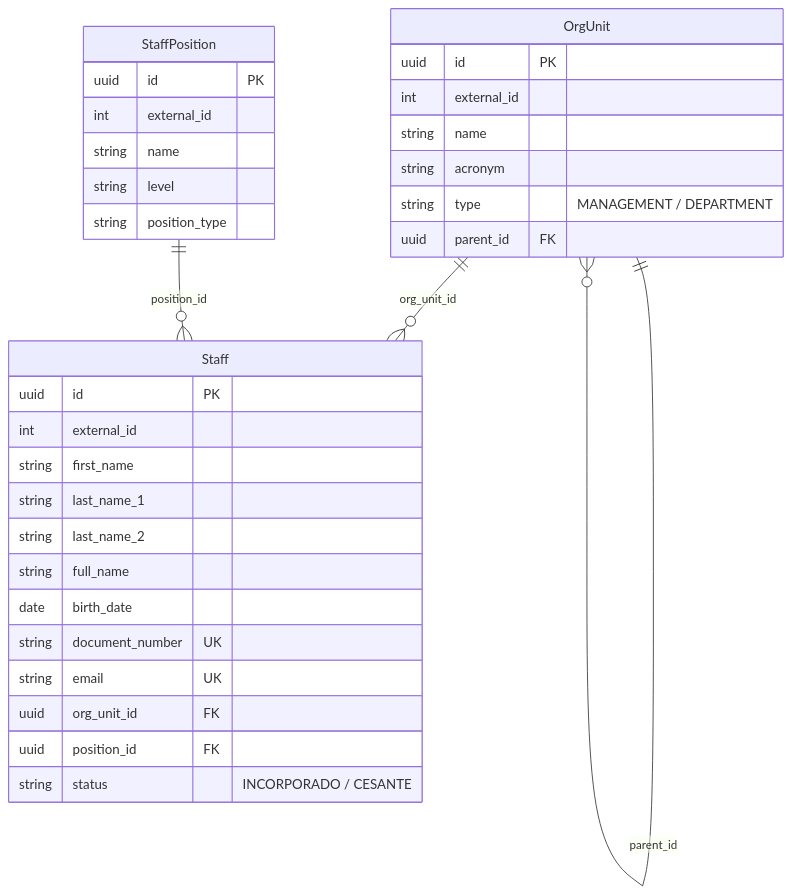
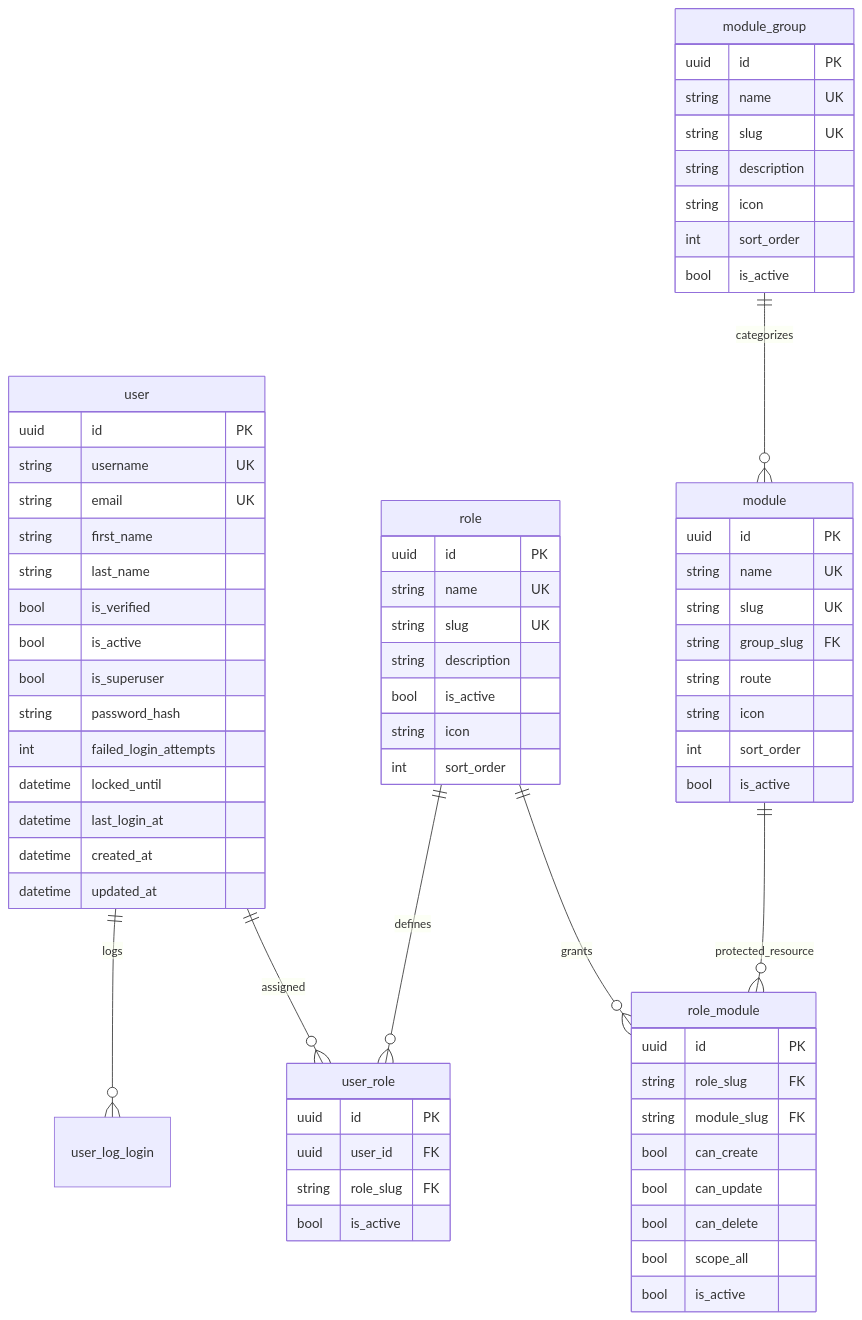
Before and after one commit to henrytaby/uyuni-backend-py: the diagram in docs/CORE_MODULE_GUIDE.md, drawn with Mermaid. The commit also changed other lines of this file and 20 other files, not shown here.

````diff
--- a/docs/CORE_MODULE_GUIDE.md
+++ b/docs/CORE_MODULE_GUIDE.md
@@ -44,38 +32,75 @@
 ```mermaid
 erDiagram
-    OrgUnit ||--o{ OrgUnit : "parent_id"
-    OrgUnit ||--o{ Staff : "org_unit_id"
-    StaffPosition ||--o{ Staff : "position_id"
-    
-    OrgUnit {
+    user ||--o{ user_role : "assigned"
+    role ||--o{ user_role : "defines"
+    role ||--o{ role_module : "grants"
+    module ||--o{ role_module : "protected_resource"
+    module_group ||--o{ module : "categorizes"
+    user ||--o{ user_log_login : "logs"
+
+    user {
         uuid id PK
-        int external_id
-        string name
-        string acronym
-        string type "MANAGEMENT / DEPARTMENT"
-        uuid parent_id FK
+        string username UK
+        string email UK
+        string first_name
+        string last_name
+        bool is_verified
+        bool is_active
+        bool is_superuser
+        string password_hash
+        int failed_login_attempts
+        datetime locked_until
+        datetime last_login_at
+        datetime created_at
+        datetime updated_at
     }
 
-    StaffPosition {
+    role {
         uuid id PK
-        int external_id
-        string name
-        string level
-        string position_type
+        string name UK
+        string slug UK
+        string description
+        bool is_active
+        string icon
+        int sort_order
     }
 
-    Staff {
+    user_role {
         uuid id PK
-        int external_id
-        string first_name
-        string last_name_1
-        string last_name_2
-        string full_name
-        date birth_date
-        string document_number UK
-        string email UK
-        uuid org_unit_id FK
-        uuid position_id FK
-        string status "INCORPORADO / CESANTE"
+        uuid user_id FK
+        string role_slug FK
+        bool is_active
+    }
+
+    module_group {
+        uuid id PK
+        string name UK
+        string slug UK
+        string description
+        string icon
+        int sort_order
+        bool is_active
+    }
+
+    module {
+        uuid id PK
+        string name UK
+        string slug UK
+        string group_slug FK
+        string route
+        string icon
+        int sort_order
+        bool is_active
+    }
+
+    role_module {
+        uuid id PK
+        string role_slug FK
+        string module_slug FK
+        bool can_create
+        bool can_update
+        bool can_delete
+        bool scope_all
+        bool is_active
     }
 ```
````
